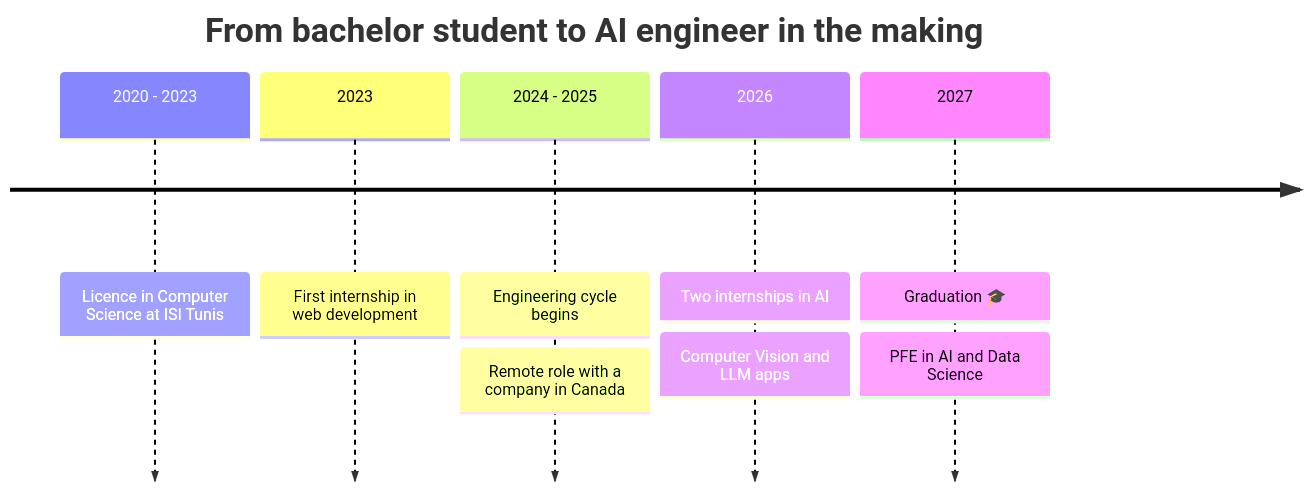
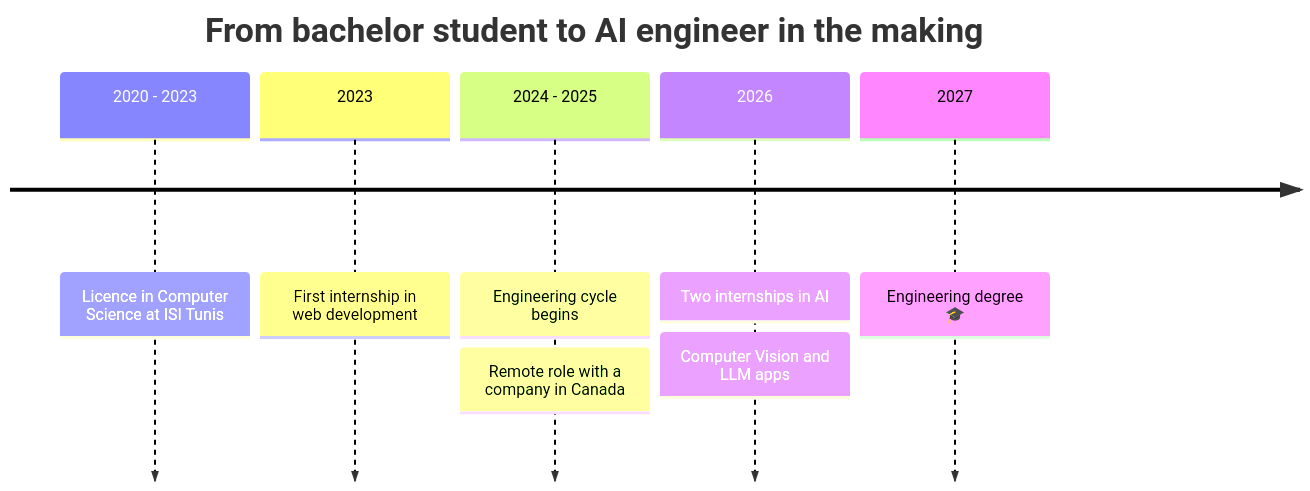
Before and after one commit to siwarmrayhi/siwarmrayhi: the diagram in README.md, drawn with Mermaid. The commit also changed other lines of this file, not shown here.

````diff
--- a/README.md
+++ b/README.md
@@ -59,9 +62,9 @@
 ```mermaid
 timeline
     title From bachelor student to AI engineer in the making
     2020 - 2023 : Licence in Computer Science at ISI Tunis
     2023 : First internship in web development
     2024 - 2025 : Engineering cycle begins : Remote role with a company in Canada
     2026 : Two internships in AI : Computer Vision and LLM apps
-    2027 : Graduation 🎓 : PFE in AI and Data Science
+    2027 : Engineering degree 🎓
 ```
````
